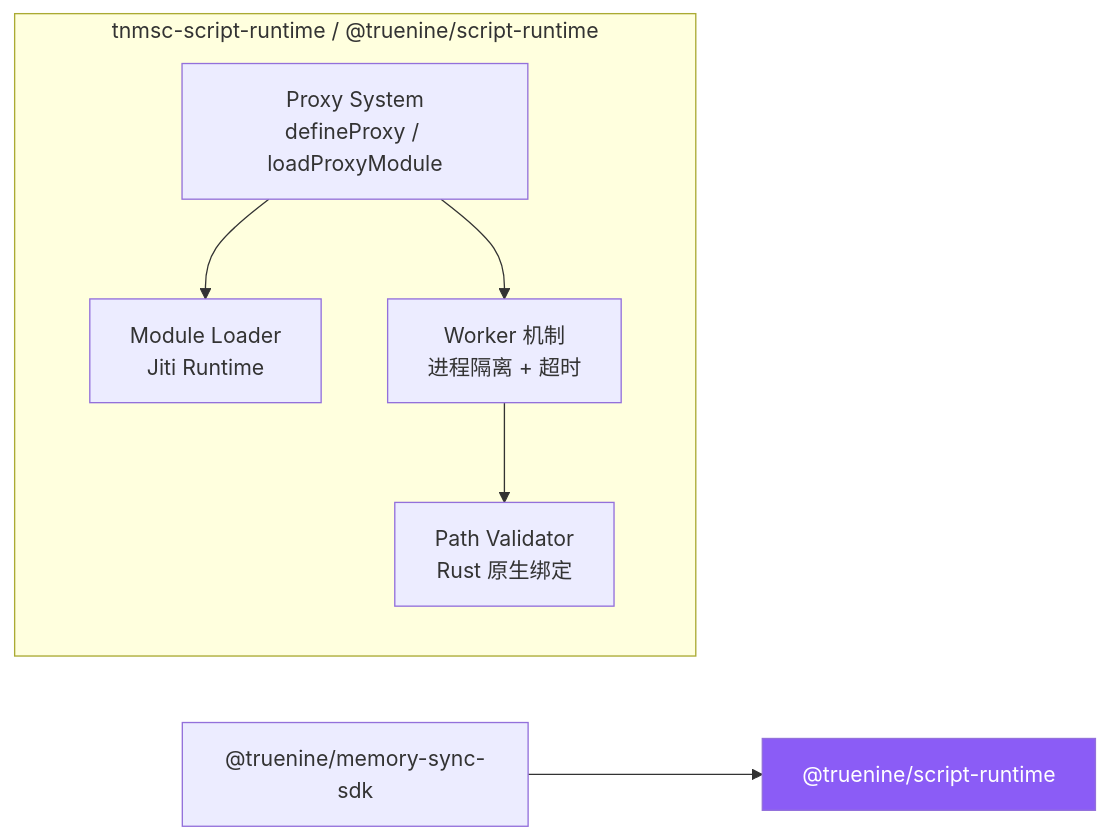
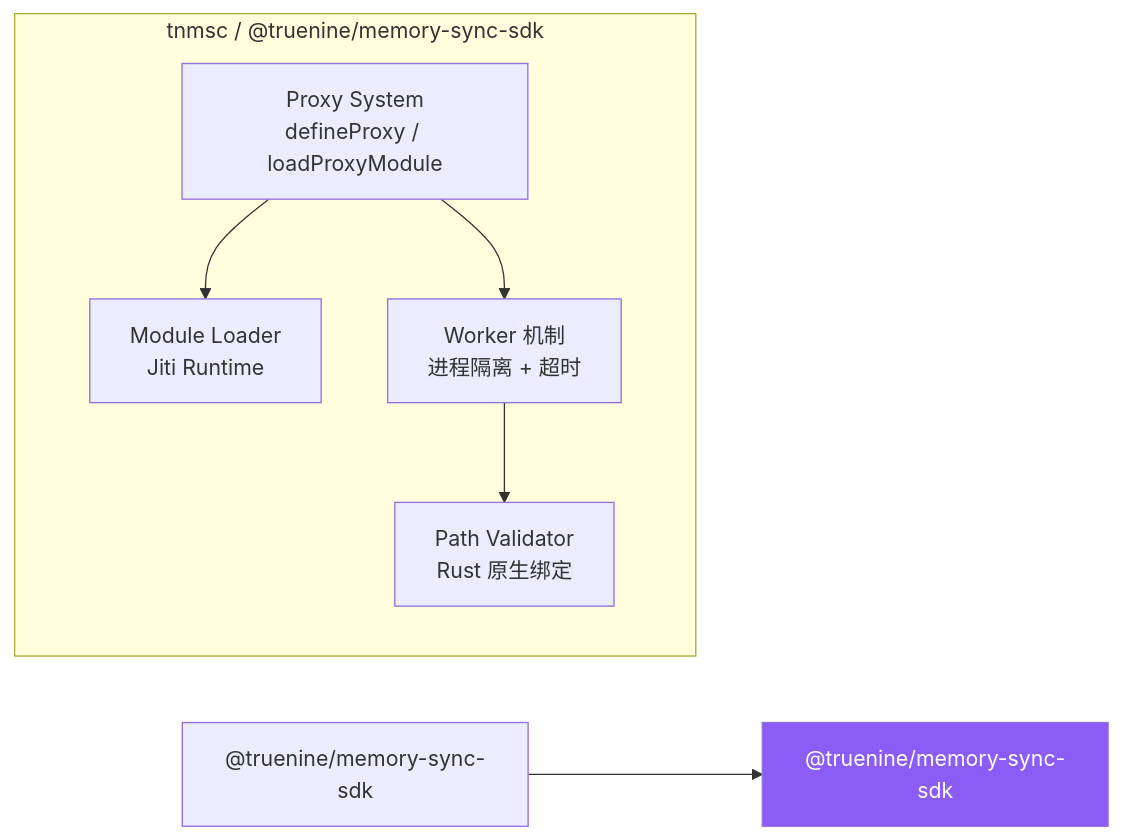
The fourth of 6 diagrams in doc/content/sdk/architecture.mdx (TrueNine/memory-sync), drawn with Mermaid before and after one commit. The commit also changed other lines of this file and 188 other files, not shown here.

````diff
--- a/doc/content/sdk/architecture.mdx
+++ b/doc/content/sdk/architecture.mdx
@@ -202,18 +202,18 @@
 ```mermaid
 graph LR
-    SDK["@truenine/memory-sync-sdk"] --> SR["@truenine/script-runtime"]
+    SDK["@truenine/memory-sync-sdk"] --> SR["@truenine/memory-sync-sdk"]
 
-    subgraph ScriptRuntime["tnmsc-script-runtime / @truenine/script-runtime"]
+    subgraph ScriptRuntime["tnmsc / @truenine/memory-sync-sdk"]
         direction TB
         SR_LOADER["Module Loader<br/>Jiti Runtime"]
         SR_PATH["Path Validator<br/>Rust 原生绑定"]
         SR_WORKER["Worker 机制<br/>进程隔离 + 超时"]
         SR_PROXY["Proxy System<br/>defineProxy / loadProxyModule"]
     end
 
     SR_PROXY --> SR_LOADER
     SR_PROXY --> SR_WORKER
     SR_WORKER --> SR_PATH
 
     style SR fill:#8b5cf6,color:#fff
 ```
````
